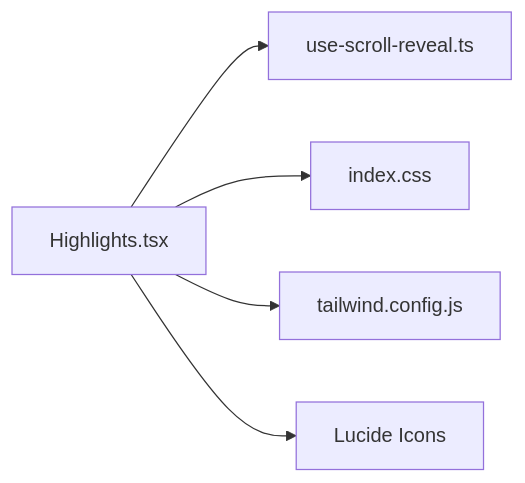
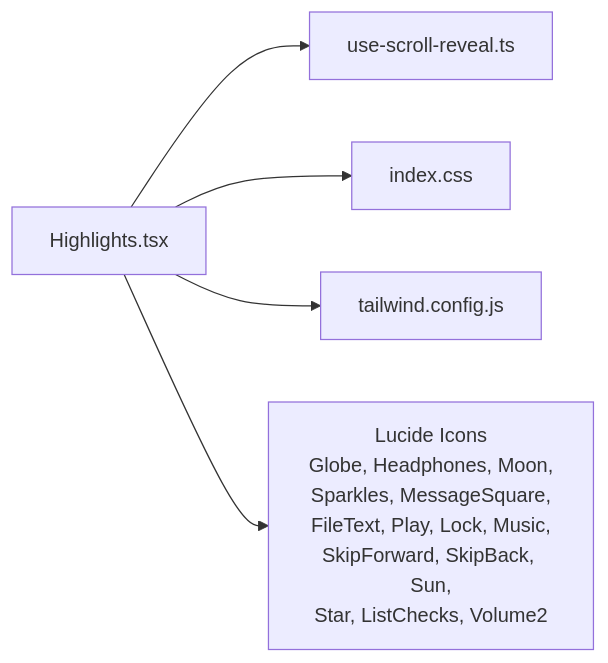
One commit to Primoguo/naolizhi.cn changed the fifth of 5 diagrams in .qoder/repowiki/zh/content/架构设计/组件架构/页面组件/Highlights组件.md. Above: the diagram before and after it, drawn with Mermaid. The commit also changed other lines of this file and 23 other files, not shown here.

````diff
--- a/.qoder/repowiki/zh/content/架构设计/组件架构/页面组件/Highlights组件.md
+++ b/.qoder/repowiki/zh/content/架构设计/组件架构/页面组件/Highlights组件.md
@@ -271,7 +299,7 @@
 ```mermaid
 graph LR
 H["Highlights.tsx"] --> R["use-scroll-reveal.ts"]
 H --> S["index.css"]
 H --> T["tailwind.config.js"]
-H --> L["Lucide Icons"]
+H --> L["Lucide Icons<br/>Globe, Headphones, Moon,<br/>Sparkles, MessageSquare,<br/>FileText, Play, Lock, Music,<br/>SkipForward, SkipBack, Sun,<br/>Star, ListChecks, Volume2"]
 ```
````
